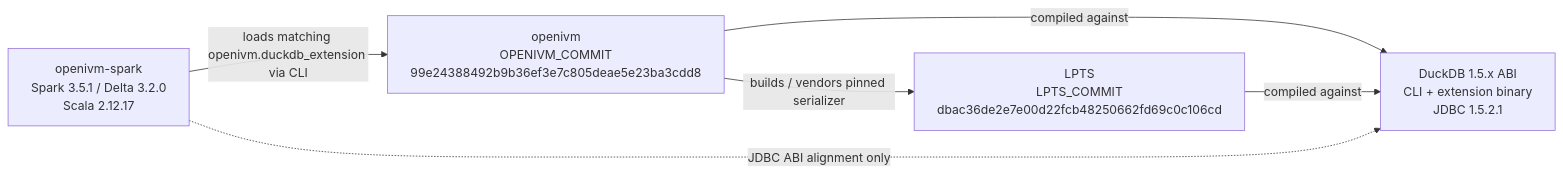
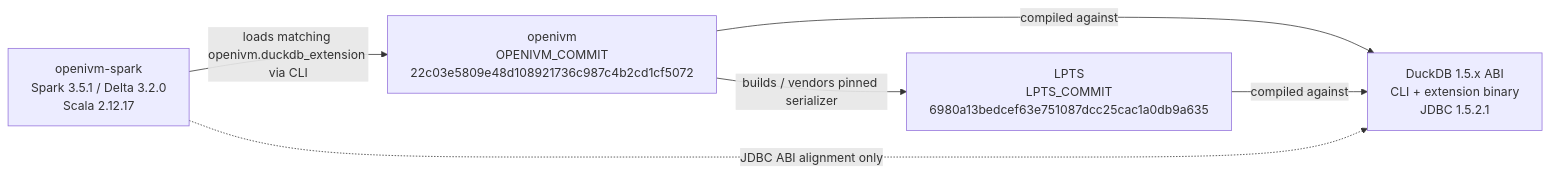
Before and after one commit to mdrakiburrahman/openivm-spark: the fourth of 4 diagrams in docs/architecture/lpts/8-integration-with-openivm-and-spark.md, drawn with Mermaid. The commit also changed other lines of this file and 1 other file, not shown here.

````diff
--- a/docs/architecture/lpts/8-integration-with-openivm-and-spark.md
+++ b/docs/architecture/lpts/8-integration-with-openivm-and-spark.md
@@ -525,13 +525,13 @@
 ```mermaid
 flowchart LR
   OSS["openivm-spark\nSpark 3.5.1 / Delta 3.2.0\nScala 2.12.17"]
-  OIVM["openivm\nOPENIVM_COMMIT\n99e24388492b9b36ef3e7c805deae5e23ba3cdd8"]
-  LPTS["LPTS\nLPTS_COMMIT\ndbac36de2e7e00d22fcb48250662fd69c0c106cd"]
+  OIVM["openivm\nOPENIVM_COMMIT\n22c03e5809e48d108921736c987c4b2cd1cf5072"]
+  LPTS["LPTS\nLPTS_COMMIT\n6980a13bedcef63e751087dcc25cac1a0db9a635"]
   Duck["DuckDB 1.5.x ABI\nCLI + extension binary\nJDBC 1.5.2.1"]
 
   OSS -->|"loads matching openivm.duckdb_extension via CLI"| OIVM
   OIVM -->|"builds / vendors pinned serializer"| LPTS
   OIVM -->|"compiled against"| Duck
   LPTS -->|"compiled against"| Duck
   OSS -.->|"JDBC ABI alignment only"| Duck
 ```
````
